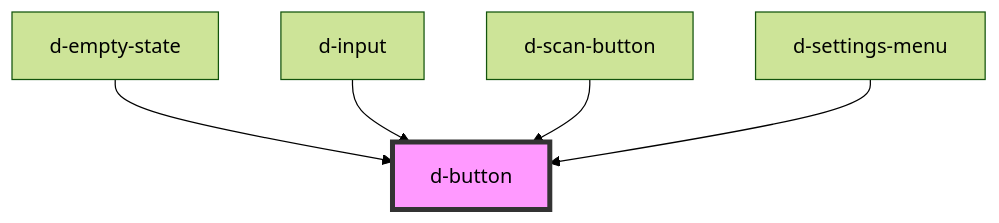
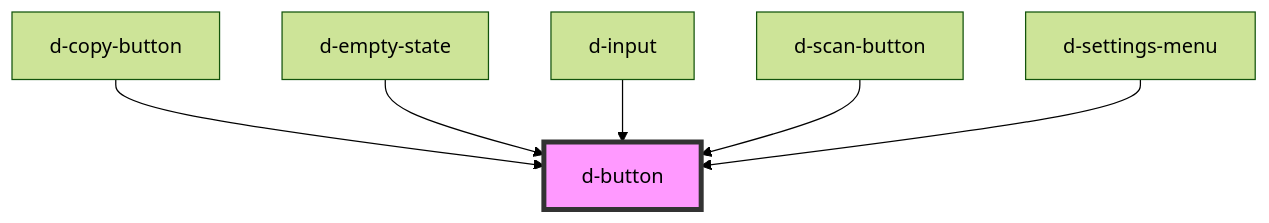
The diagram in src/components/button/readme.md (ForkbombEu/didroom-components), drawn with Mermaid (forest theme) before and after one commit. The commit also changed other lines of this file and 10 other files, not shown here.

First line of the commit message:
feat: copy button (#199)

````diff
--- a/src/components/button/readme.md
+++ b/src/components/button/readme.md
@@ -41,8 +42,9 @@
 ```mermaid
 graph TD;
+  d-copy-button --> d-button
   d-empty-state --> d-button
   d-input --> d-button
   d-scan-button --> d-button
   d-settings-menu --> d-button
   style d-button fill:#f9f,stroke:#333,stroke-width:4px
 ```
````
